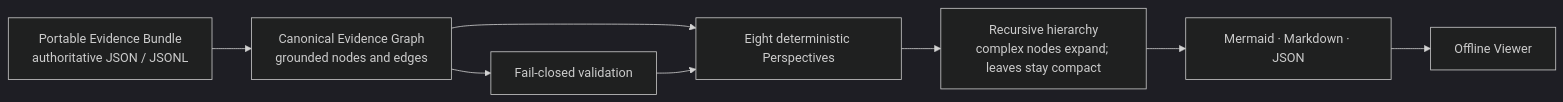
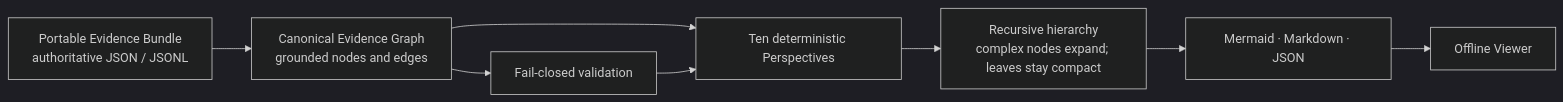
The second of 3 diagrams in README.md (AdvancingTitans/agent-engineering-toolkit), drawn with Mermaid (dark theme) before and after one commit. The commit also changed other lines of this file and 124 other files, not shown here.

````diff
--- a/README.md
+++ b/README.md
@@ -200,10 +279,10 @@
 ```mermaid
 flowchart LR
     B["Portable Evidence Bundle<br/>authoritative JSON / JSONL"] --> G["Canonical Evidence Graph<br/>grounded nodes and edges"]
-    G --> P["Eight deterministic Perspectives"]
+    G --> P["Ten deterministic Perspectives"]
     P --> H["Recursive hierarchy<br/>complex nodes expand; leaves stay compact"]
     H --> R["Mermaid · Markdown · JSON"]
     R --> V["Offline Viewer"]
     G --> X["Fail-closed validation"]
     X --> P
 ```
````
